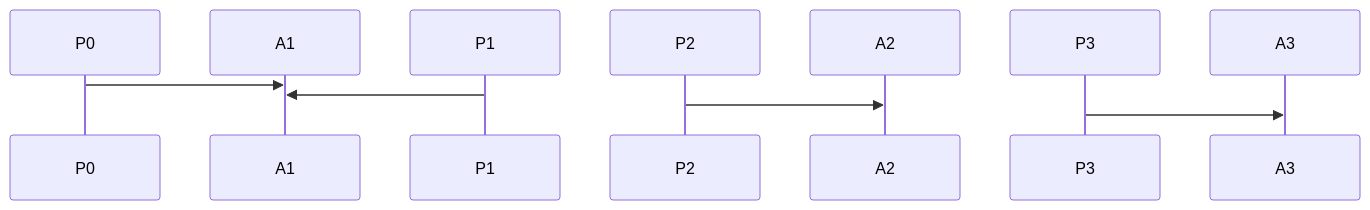
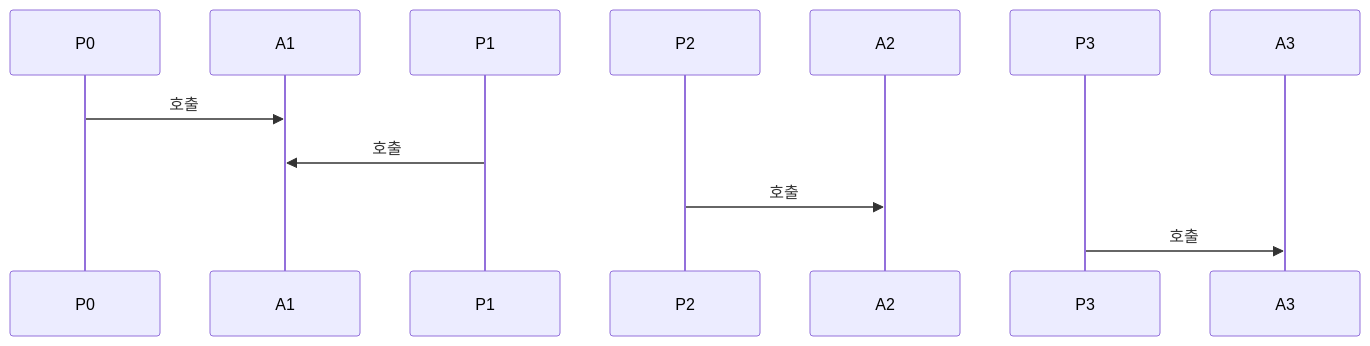
The fifth of 17 diagrams in _posts/kafka/2026-05-01-kafka-fundamentals.md (yjkim2015/yjkim2015.github.io), drawn with Mermaid before and after one commit. The commit also changed other lines of this file and 85 other files, not shown here.

First line of the commit message:
sequenceDiagram 문법 에러 2차 수정 169개 (86파일)

````diff
--- a/_posts/kafka/2026-05-01-kafka-fundamentals.md
+++ b/_posts/kafka/2026-05-01-kafka-fundamentals.md
@@ -161,7 +161,7 @@
 ```mermaid
 sequenceDiagram
-    P0->>A1:
-    P1->>A1:
-    P2->>A2:
-    P3->>A3:
+    P0->>A1: 호출
+    P1->>A1: 호출
+    P2->>A2: 호출
+    P3->>A3: 호출
 ```
````
